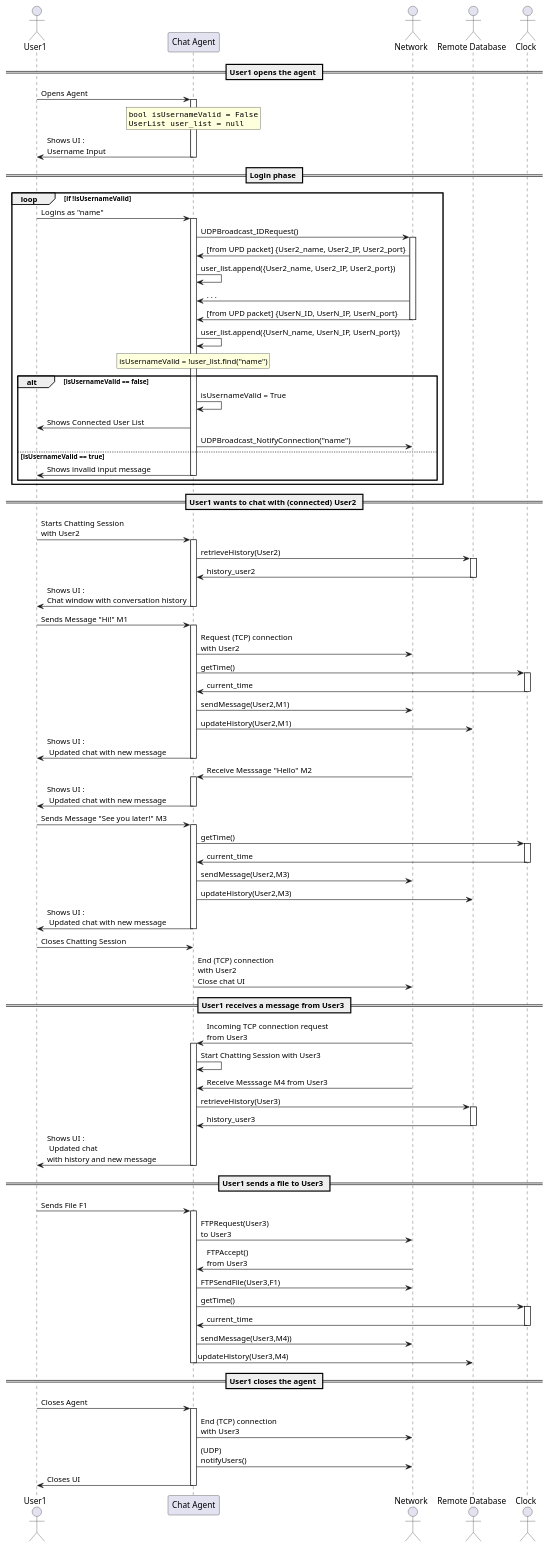
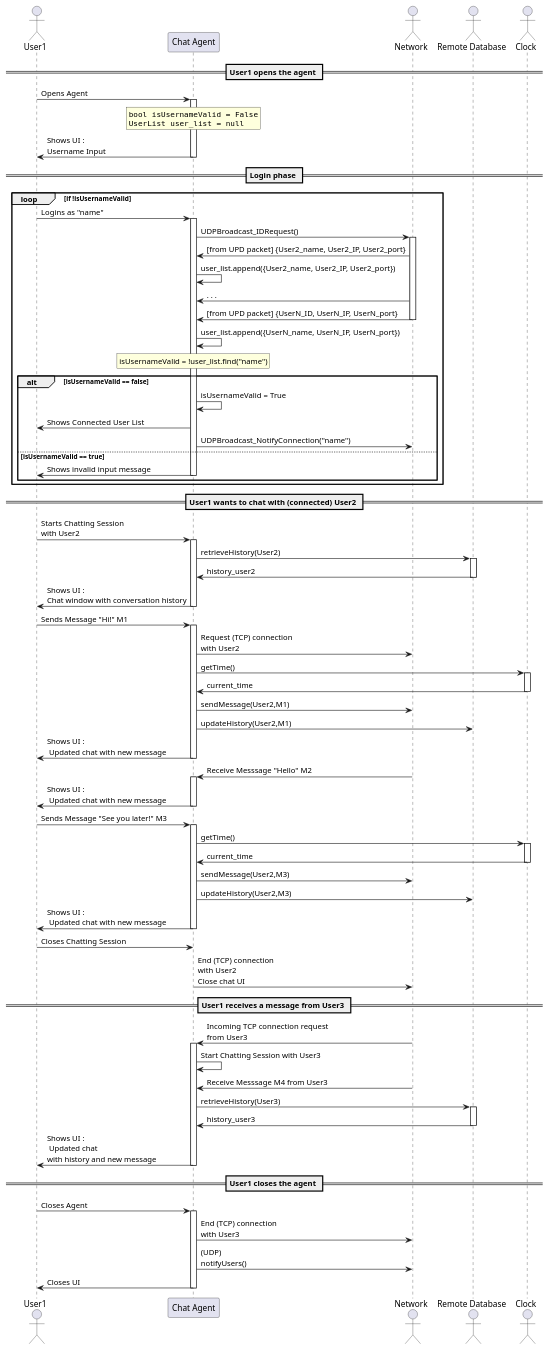
The diagram in PlantUML/sequence_black_box.wsd (scanim-valentin/decentralized-chat-system), drawn with PlantUML before and after one commit. The commit also changed 1 other file, not shown here.

```diff
--- a/PlantUML/sequence_black_box.wsd
+++ b/PlantUML/sequence_black_box.wsd
@@ -1,90 +1,81 @@
 @startuml sequence_black_box
 actor User1 as User
 participant "Chat Agent" as chatAgent
 actor "Network" as Network
 actor "Remote Database" as db
 actor "Clock" as Clock
 
 == User1 opens the agent ==
 
 User -> chatAgent ++ : Opens Agent
  rnote over chatAgent: ""bool isUsernameValid = False""\n""UserList user_list = null""
 chatAgent -> User -- : Shows UI :\nUsername Input
 
 == Login phase ==
 
 loop if !isUsernameValid
 User -> chatAgent ++ : Logins as "name"
 
 chatAgent -> Network ++ : UDPBroadcast_IDRequest()
 Network -> chatAgent : [from UPD packet] {User2_name, User2_IP, User2_port} 
 chatAgent -> chatAgent : user_list.append({User2_name, User2_IP, User2_port})
 Network -> chatAgent : . . . 
 Network -> chatAgent -- : [from UPD packet] {UserN_ID, UserN_IP, UserN_port}
 chatAgent -> chatAgent : user_list.append({UserN_name, UserN_IP, UserN_port})
 rnote over chatAgent:  isUsernameValid = !user_list.find("name")
 
 alt isUsernameValid == false
 chatAgent -> chatAgent : isUsernameValid = True
 User <- chatAgent : Shows Connected User List
 chatAgent -> Network : UDPBroadcast_NotifyConnection("name")
     else isUsernameValid == true
 User <- chatAgent -- : Shows invalid input message
     end
 end
 
 == User1 wants to chat with (connected) User2 ==
 
 User -> chatAgent ++ : Starts Chatting Session\nwith User2
   chatAgent -> db ++ : retrieveHistory(User2)
   db -> chatAgent -- : history_user2
 chatAgent -> User -- : Shows UI :\nChat window with conversation history
 
 User -> chatAgent ++ : Sends Message "Hi!" M1 
   chatAgent -> Network : Request (TCP) connection\nwith User2
   chatAgent -> Clock ++ : getTime()
   Clock -> chatAgent -- : current_time
   chatAgent -> Network : sendMessage(User2,M1)
   chatAgent -> db : updateHistory(User2,M1)
 chatAgent -> User -- : Shows UI :\n Updated chat with new message
 
 Network -> chatAgent ++ : Receive Messsage "Hello" M2 
 chatAgent -> User -- : Shows UI :\n Updated chat with new message
 
 User -> chatAgent ++ : Sends Message "See you later!" M3 
   chatAgent -> Clock ++ : getTime()
   Clock -> chatAgent -- : current_time
   chatAgent -> Network : sendMessage(User2,M3)
   chatAgent -> db : updateHistory(User2,M3)
 chatAgent -> User -- : Shows UI :\n Updated chat with new message
 
 User -> chatAgent : Closes Chatting Session
 chatAgent -> Network : End (TCP) connection\nwith User2\nClose chat UI
 
 == User1 receives a message from User3 ==
 
 Network -> chatAgent ++ : Incoming TCP connection request\nfrom User3
 chatAgent -> chatAgent : Start Chatting Session with User3
 Network -> chatAgent : Receive Messsage M4 from User3
 
   chatAgent -> db ++ : retrieveHistory(User3) 
   db -> chatAgent -- : history_user3
 chatAgent -> User -- : Shows UI :\n Updated chat\nwith history and new message
 
-== User1 sends a file to User3 ==
-User -> chatAgent ++ : Sends File F1
-chatAgent -> Network : FTPRequest(User3)\nto User3
-Network -> chatAgent : FTPAccept()\nfrom User3
-chatAgent -> Network : FTPSendFile(User3,F1)
-chatAgent -> Clock ++ : getTime()
-Clock -> chatAgent -- : current_time
-chatAgent -> Network : sendMessage(User3,M4))
-chatAgent -> db -- : updateHistory(User3,M4)
 == User1 closes the agent ==
 
 User -> chatAgent ++ : Closes Agent
   chatAgent -> Network : End (TCP) connection\nwith User3
   chatAgent -> Network : (UDP)\nnotifyUsers()
 chatAgent -> User -- : Closes UI
 
 @enduml
```
